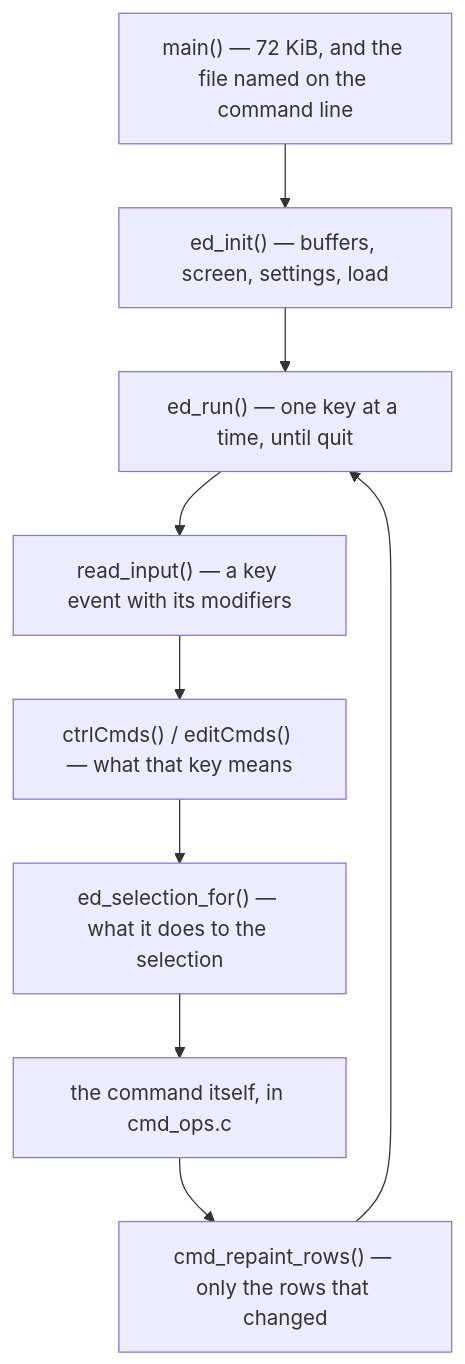
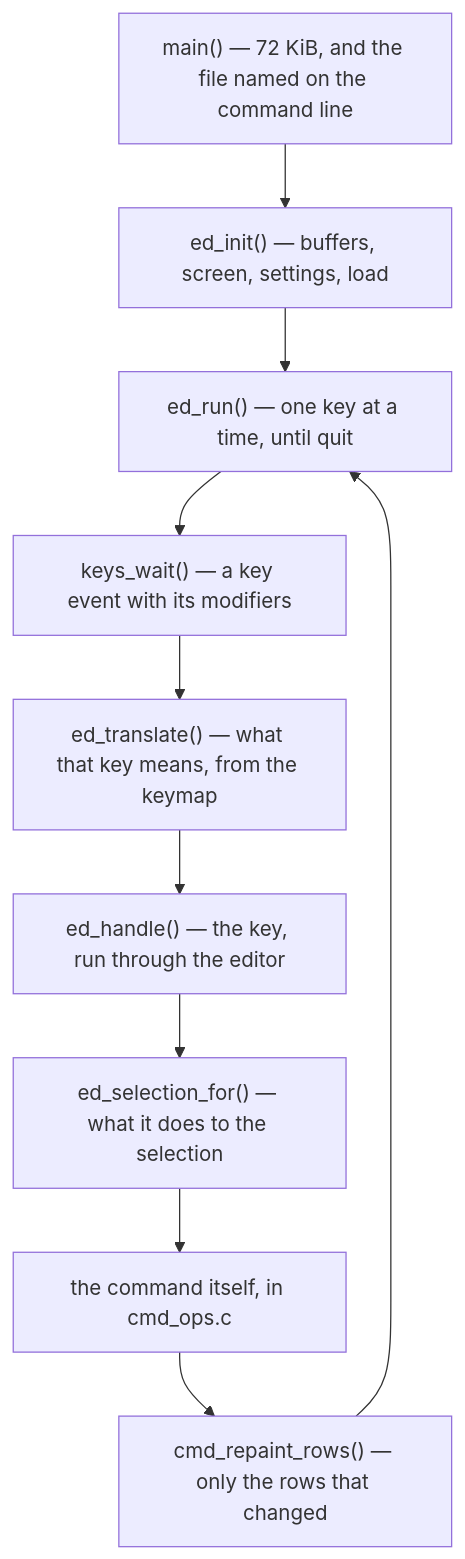
One commit to avalonbits/aed changed the first of 3 diagrams in docs/DESIGN.md. Above: the diagram before and after it, drawn with Mermaid. The commit also changed other lines of this file and 13 other files, not shown here.

````diff
--- a/docs/DESIGN.md
+++ b/docs/DESIGN.md
@@ -102,11 +102,12 @@
 ```mermaid
 flowchart TD
     main["main() — 72 KiB, and the file named on the command line"] --> init["ed_init() — buffers, screen, settings, load"]
     init --> loop["ed_run() — one key at a time, until quit"]
-    loop --> key["read_input() — a key event with its modifiers"]
-    key --> mean["ctrlCmds() / editCmds() — what that key means"]
-    mean --> sel["ed_selection_for() — what it does to the selection"]
+    loop --> key["keys_wait() — a key event with its modifiers"]
+    key --> mean["ed_translate() — what that key means, from the keymap"]
+    mean --> handle["ed_handle() — the key, run through the editor"]
+    handle --> sel["ed_selection_for() — what it does to the selection"]
     sel --> cmd["the command itself, in cmd_ops.c"]
     cmd --> paint["cmd_repaint_rows() — only the rows that changed"]
     paint --> loop
 ```
````
